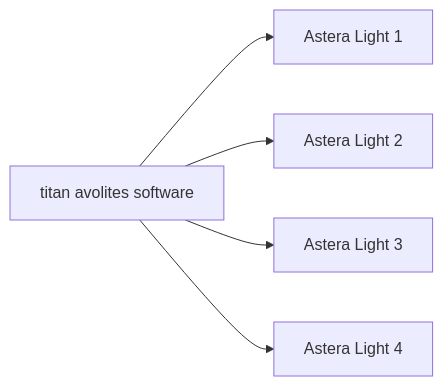
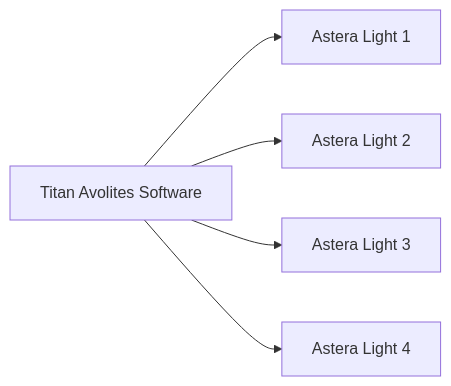
One commit to deniseten/EGL315 changed the fourth of 4 diagrams in README.md. Above: the diagram before and after it, drawn with Mermaid.

````diff
--- a/README.md
+++ b/README.md
@@ -29,8 +29,8 @@
 ```mermaid
 graph LR
 
-A[titan avolites software] --> B[Astera Light 1]
+A[Titan Avolites Software] --> B[Astera Light 1]
 A --> C[Astera Light 2]
 A --> D[Astera Light 3]
 A --> E[Astera Light 4]
 ```
````
